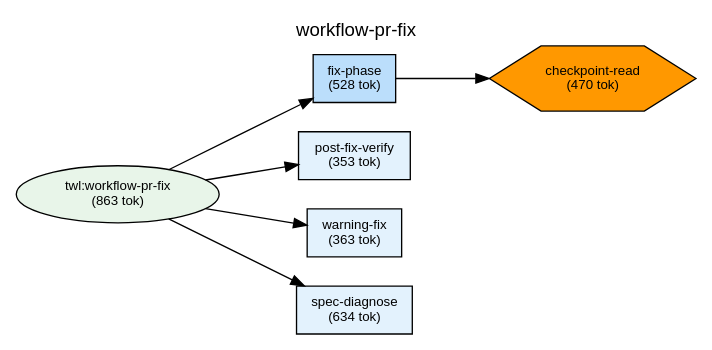
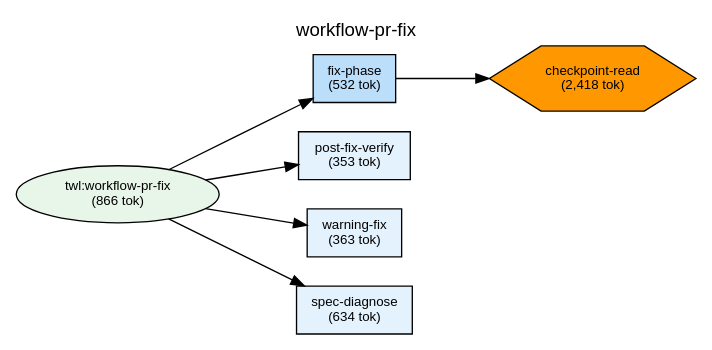
One commit to shuu5/twill changed the diagram in plugins/twl/docs/deps-workflow-pr-fix.dot. Above: the diagram before and after it, drawn with Graphviz. The commit also changed 23 other files, not shown here.

First line of the commit message:
feat(plugins-twl): workflow-self-improve 新設 + co-autopilot calls 削減

```diff
--- a/plugins/twl/docs/deps-workflow-pr-fix.dot
+++ b/plugins/twl/docs/deps-workflow-pr-fix.dot
@@ -1,54 +1,54 @@
 digraph Dependencies {
     // Graph settings
     rankdir=LR;
     ranksep=0.8;
     nodesep=0.3;
     fontname="Helvetica";
     node [fontname="Helvetica", fontsize=10];
     edge [fontname="Helvetica", fontsize=9];
     label="workflow-pr-fix";
     labelloc=t;
     fontsize=14;
 
     // L0: Controller Skills
 
     // L0: Launchers
 
     // L0.5: Workflow Skills
-    skill_workflow_pr_fix [label="twl:workflow-pr-fix\n(863 tok)", shape=ellipse, style=filled, fillcolor="#e8f5e9"];
+    skill_workflow_pr_fix [label="twl:workflow-pr-fix\n(866 tok)", shape=ellipse, style=filled, fillcolor="#e8f5e9"];
 
     // Reference Skills
 
     // L1: Direct Commands
     cmd_post_fix_verify [label="post-fix-verify\n(353 tok)", shape=box, style=filled, fillcolor="#e3f2fd"];
     cmd_warning_fix [label="warning-fix\n(363 tok)", shape=box, style=filled, fillcolor="#e3f2fd"];
-    cmd_fix_phase [label="fix-phase\n(528 tok)", shape=box, style=filled, fillcolor="#bbdefb"];
+    cmd_fix_phase [label="fix-phase\n(532 tok)", shape=box, style=filled, fillcolor="#bbdefb"];
     cmd_spec_diagnose [label="spec-diagnose\n(634 tok)", shape=box, style=filled, fillcolor="#e3f2fd"];
 
     // L2: Sub Commands
 
     // L3: Agents
 
     // L3.5: Scripts
-    script_checkpoint_read [label="checkpoint-read\n(470 tok)", shape=hexagon, style=filled, fillcolor="#FF9800"];
+    script_checkpoint_read [label="checkpoint-read\n(2,418 tok)", shape=hexagon, style=filled, fillcolor="#FF9800"];
 
     // L4: External
 
     // Layer constraints
     { rank=same; skill_workflow_pr_fix; }
     { rank=same; cmd_post_fix_verify; cmd_warning_fix; cmd_fix_phase; cmd_spec_diagnose; }
     { rank=same; script_checkpoint_read; }
 
     // Edges
     skill_workflow_pr_fix -> cmd_fix_phase;
     skill_workflow_pr_fix -> cmd_post_fix_verify;
     skill_workflow_pr_fix -> cmd_warning_fix;
     skill_workflow_pr_fix -> cmd_spec_diagnose;
     cmd_fix_phase -> script_checkpoint_read;
 
     // Ordering constraints (invisible edges)
     cmd_fix_phase -> cmd_post_fix_verify [style=invis, weight=10];
     cmd_post_fix_verify -> cmd_warning_fix [style=invis, weight=10];
     cmd_warning_fix -> cmd_spec_diagnose [style=invis, weight=10];
 
 }
```
